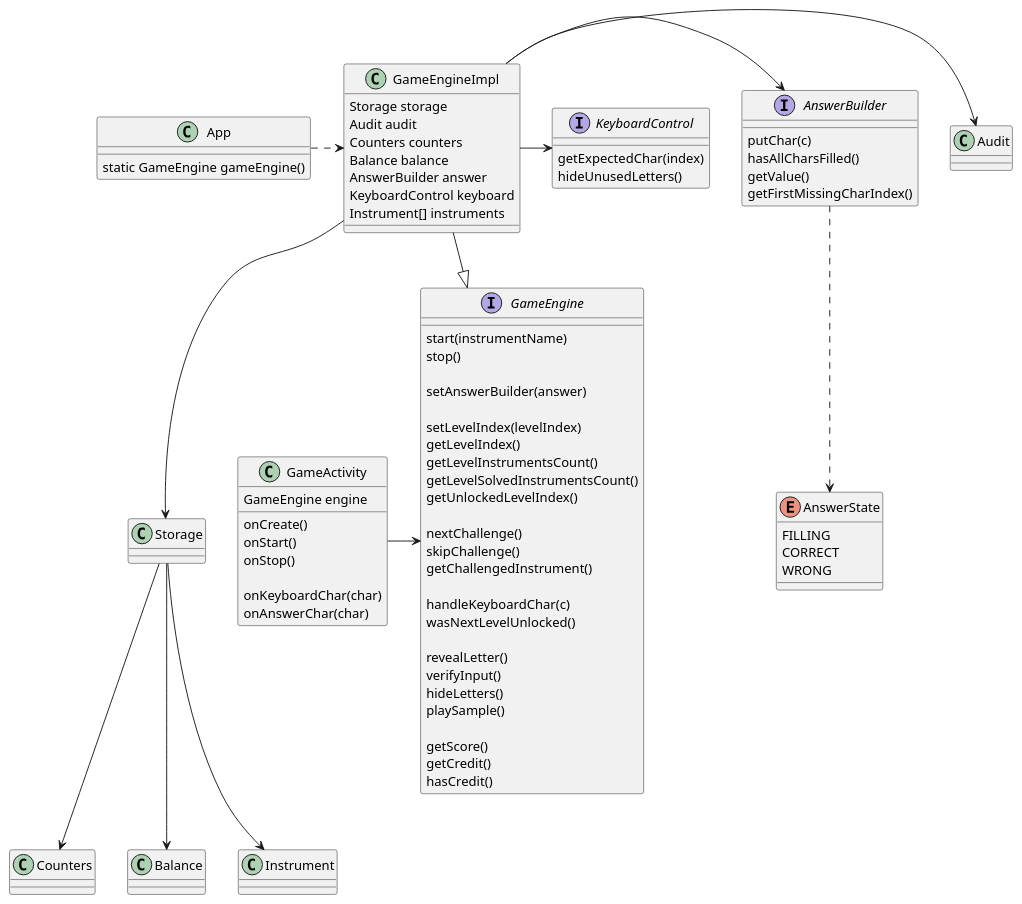
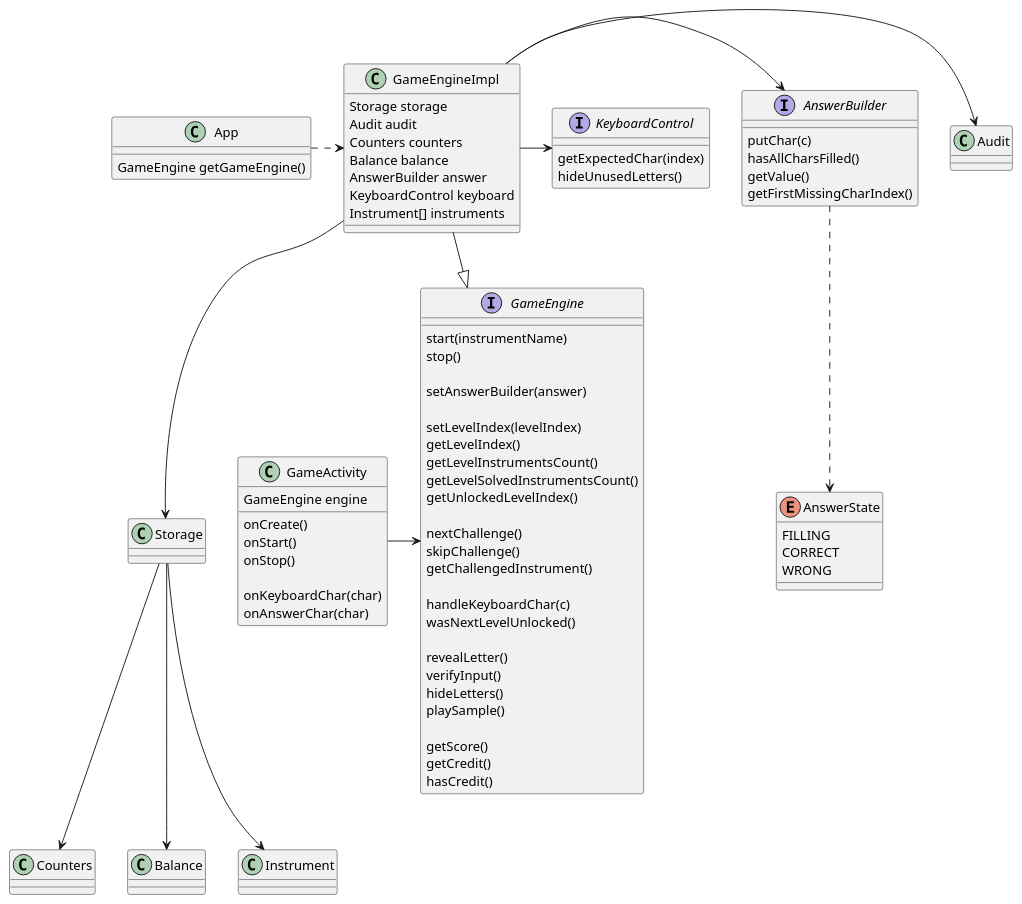
One commit to shamby87/quiz.instruments changed the diagram in app/src/main/java/com/kidscademy/quiz/instruments/model/GameEngineModel.puml. Above: the diagram before and after it, drawn with PlantUML. The commit also changed 48 other files, not shown here.

```diff
--- a/app/src/main/java/com/kidscademy/quiz/instruments/model/GameEngineModel.puml
+++ b/app/src/main/java/com/kidscademy/quiz/instruments/model/GameEngineModel.puml
@@ -1,106 +1,106 @@
 @startuml
 
 class App {
-    static GameEngine gameEngine()
+    GameEngine getGameEngine()
 }
 
 class GameActivity {
     GameEngine engine
 
     onCreate()
     onStart()
     onStop()
 
     onKeyboardChar(char)
     onAnswerChar(char)
 }
 
 interface GameEngine {
     start(instrumentName)
     stop()
 
     setAnswerBuilder(answer)
 
     setLevelIndex(levelIndex)
     getLevelIndex()
     getLevelInstrumentsCount()
     getLevelSolvedInstrumentsCount()
     getUnlockedLevelIndex()
 
     nextChallenge()
     skipChallenge()
     getChallengedInstrument()
 
     handleKeyboardChar(c)
     wasNextLevelUnlocked()
 
     revealLetter()
     verifyInput()
     hideLetters()
     playSample()
 
     getScore()
     getCredit()
     hasCredit()
 }
 
 interface AnswerBuilder {
     putChar(c)
     hasAllCharsFilled()
     getValue()
     getFirstMissingCharIndex()
 }
 
 enum AnswerState {
     FILLING
     CORRECT
     WRONG
 }
 
 interface KeyboardControl {
     getExpectedChar(index)
     hideUnusedLetters()
 }
 
 class Storage {
 }
 
 class Audit {
 }
 
 class Counters {
 }
 
 class Balance {
 }
 
 class Instrument {
 }
 
 class GameEngineImpl {
     Storage storage
     Audit audit
     Counters counters
     Balance balance
     AnswerBuilder answer
     KeyboardControl keyboard
     Instrument[] instruments
 }
 
 App .> GameEngineImpl
 
 Storage --> Counters
 Storage --> Balance
 Storage --> Instrument
 
 GameActivity -> GameEngine
 
 GameEngineImpl --|> GameEngine
 GameEngineImpl --> Storage
 GameEngineImpl -> Audit
 GameEngineImpl -> AnswerBuilder
 GameEngineImpl -> KeyboardControl
 
 AnswerBuilder ..> AnswerState
 
 @enduml
```
